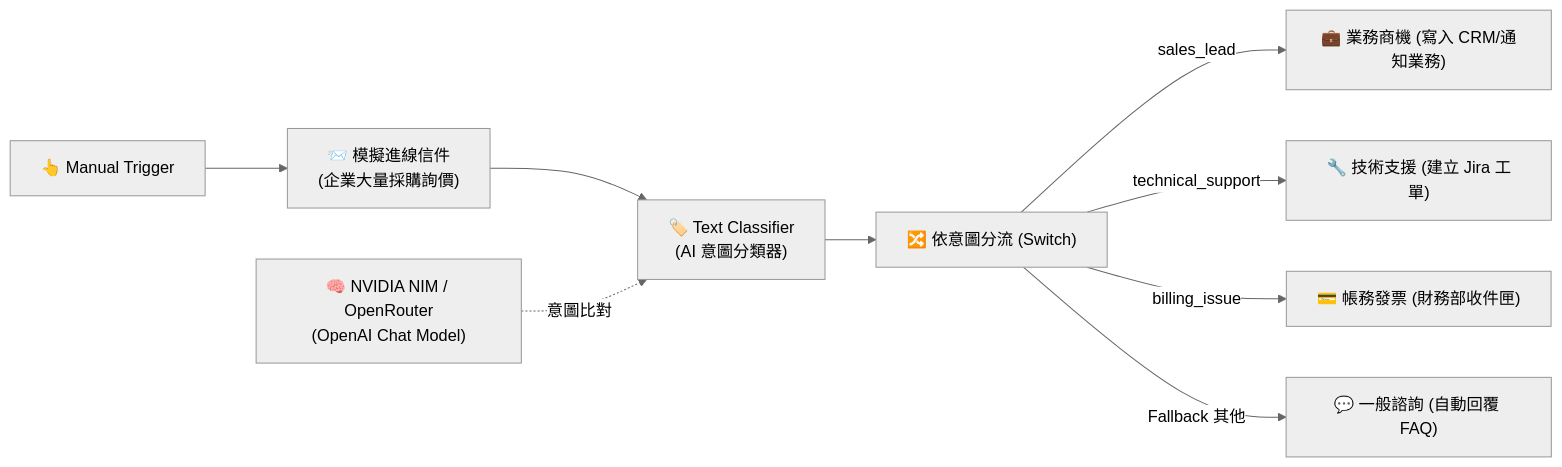
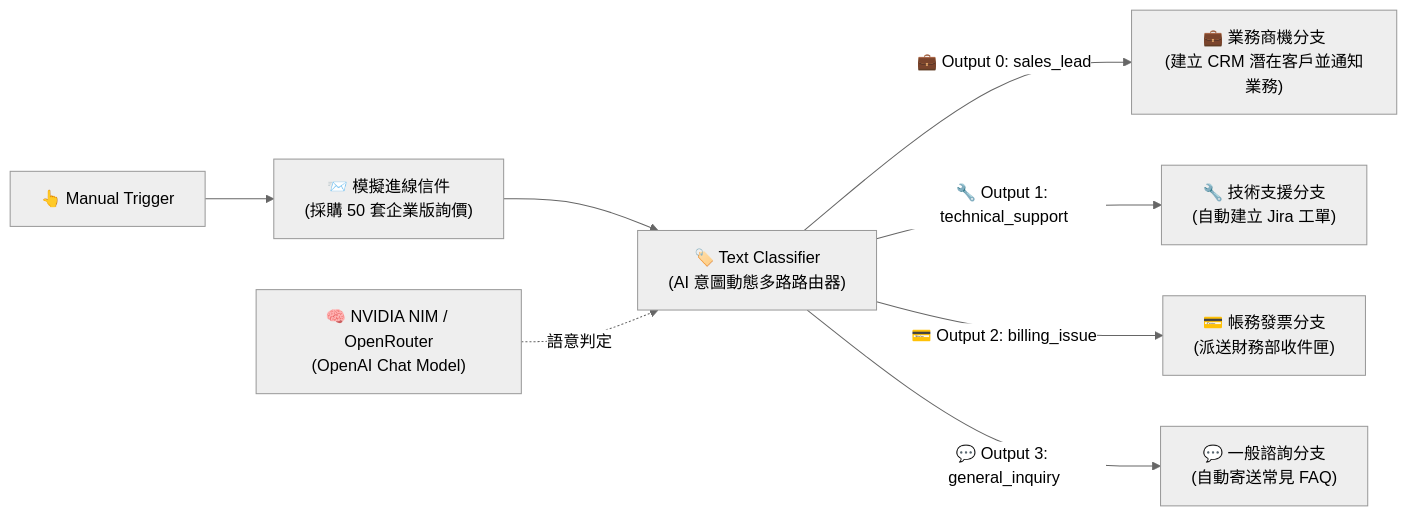
One commit to roberthsu2003/n8n changed the diagram in AI_Agent/階段一_基礎專用AI節點/Text_Classifier/README.md. Above: the diagram before and after it, drawn with Mermaid (neutral theme). The commit also changed other lines of this file and 1 other file, not shown here.

````diff
--- a/AI_Agent/階段一_基礎專用AI節點/Text_Classifier/README.md
+++ b/AI_Agent/階段一_基礎專用AI節點/Text_Classifier/README.md
@@ -17,11 +22,11 @@
 ```mermaid
 flowchart LR
-    Trigger["👆 Manual Trigger"] --> Msg["📨 模擬進線信件<br/>(企業大量採購詢價)"]
-    Msg --> Classifier["🏷️ Text Classifier<br/>(AI 意圖分類器)"]
-    Model["🧠 NVIDIA NIM / OpenRouter<br/>(OpenAI Chat Model)"] -.->|意圖比對| Classifier
-    Classifier --> SwitchNode["🔀 依意圖分流 (Switch)"]
-    SwitchNode -->|sales_lead| Route1["💼 業務商機 (寫入 CRM/通知業務)"]
-    SwitchNode -->|technical_support| Route2["🔧 技術支援 (建立 Jira 工單)"]
-    SwitchNode -->|billing_issue| Route3["💳 帳務發票 (財務部收件匣)"]
-    SwitchNode -->|Fallback 其他| Route4["💬 一般諮詢 (自動回覆 FAQ)"]
+    Trigger["👆 Manual Trigger"] --> Msg["📨 模擬進線信件<br/>(採購 50 套企業版詢價)"]
+    Msg --> Classifier["🏷️ Text Classifier<br/>(AI 意圖動態多路路由器)"]
+    Model["🧠 NVIDIA NIM / OpenRouter<br/>(OpenAI Chat Model)"] -.->|語意判定| Classifier
+    
+    Classifier -->|💼 Output 0: sales_lead| Route1["💼 業務商機分支<br/>(建立 CRM 潛在客戶並通知業務)"]
+    Classifier -->|🔧 Output 1: technical_support| Route2["🔧 技術支援分支<br/>(自動建立 Jira 工單)"]
+    Classifier -->|💳 Output 2: billing_issue| Route3["💳 帳務發票分支<br/>(派送財務部收件匣)"]
+    Classifier -->|💬 Output 3: general_inquiry| Route4["💬 一般諮詢分支<br/>(自動寄送常見 FAQ)"]
 ```
````
